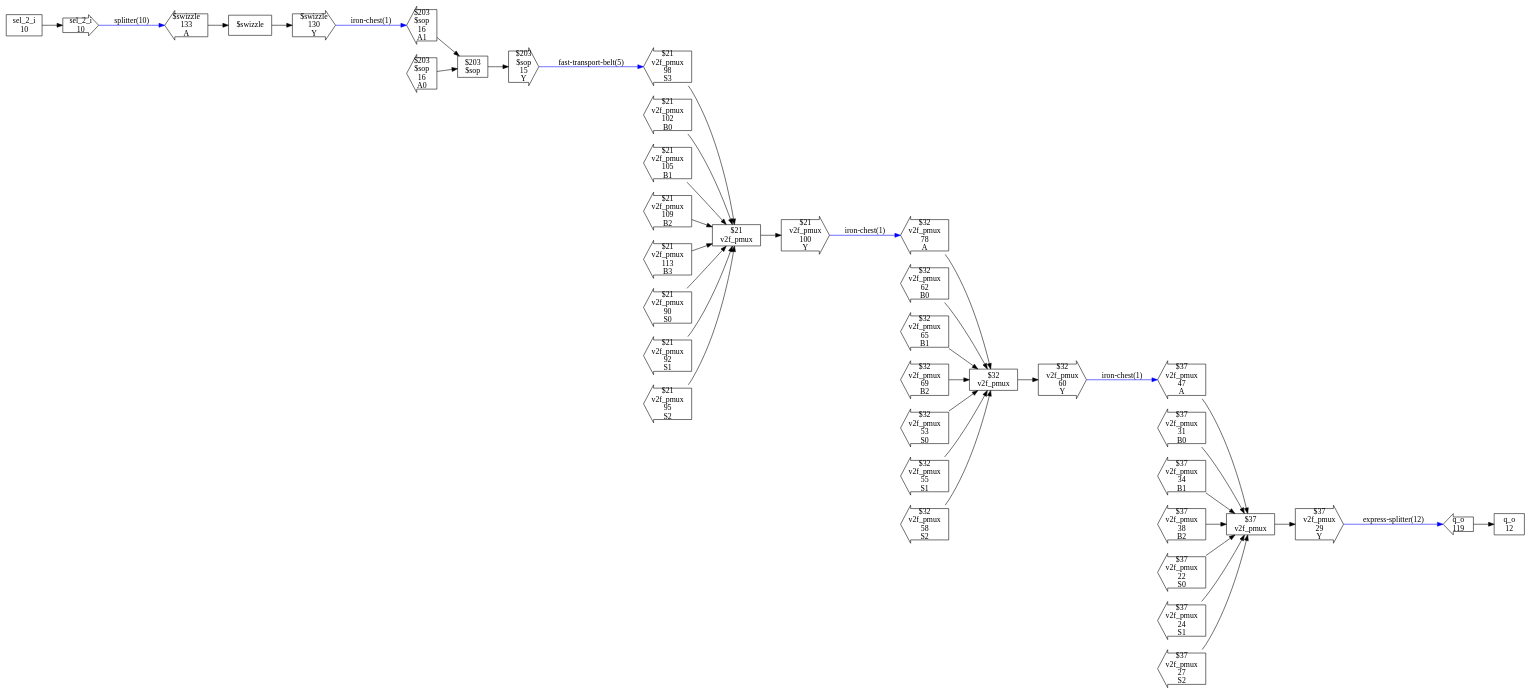
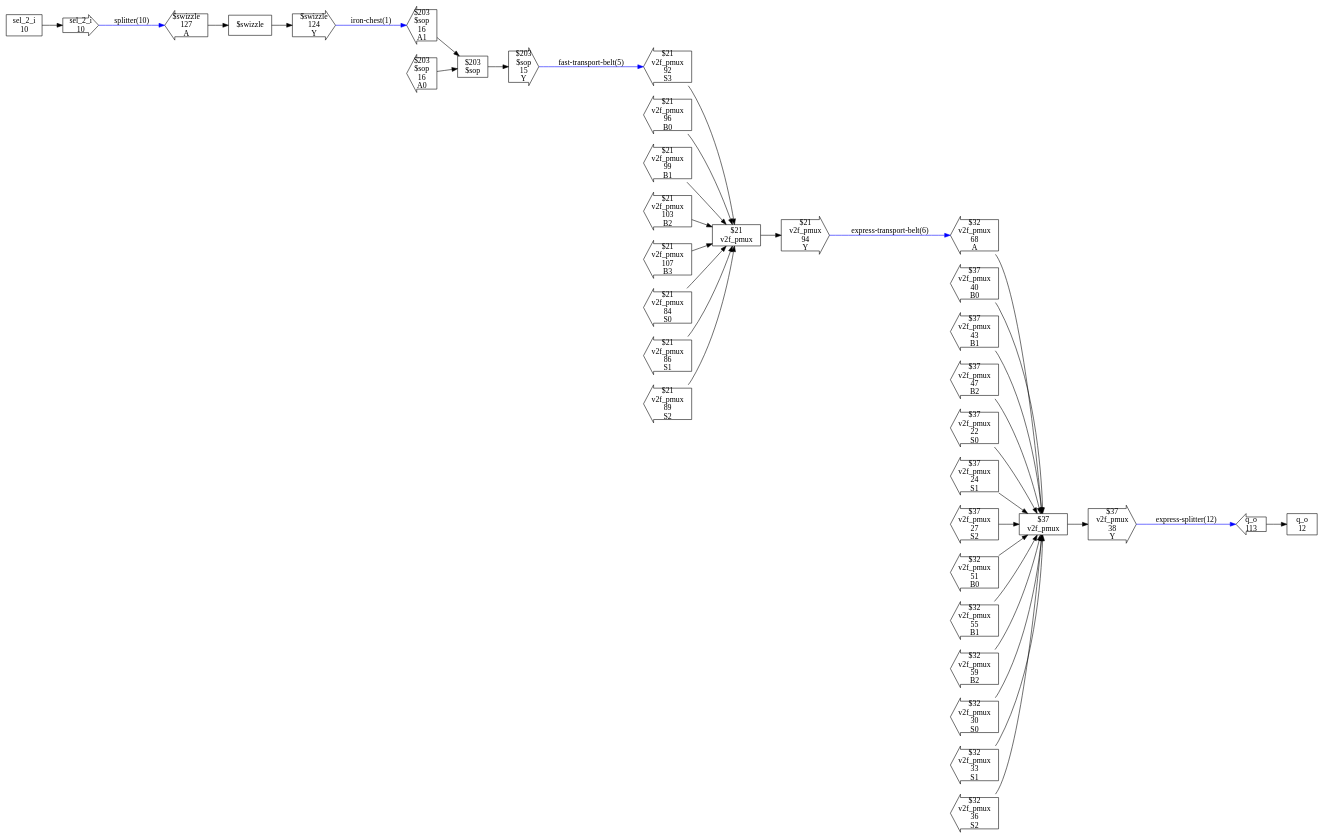
One commit to ben-j-c/verilog2factorio changed the diagram in test_designs/pmux_3/worst_path.dot. Above: the diagram before and after it, drawn with Graphviz. The commit also changed 11 other files, not shown here.

```diff
--- a/test_designs/pmux_3/worst_path.dot
+++ b/test_designs/pmux_3/worst_path.dot
@@ -1,176 +1,163 @@
 digraph CheckedDesign {
   rankdir=LR
   n10[shape=box,label="sel_2_i
 10"]
   n12[shape=box,label="q_o
 12"]
   n16[shape=box,label="$203
 $sop"]
   n21[shape=box,label="$37
 v2f_pmux"]
-  n26[shape=box,label="$32
-v2f_pmux"]
   n33[shape=box,label="$21
 v2f_pmux"]
   n46[shape=rarrow,label="sel_2_i
 10"]
   n48[shape=larrow,label="q_o
-119"]
+113"]
   n58[shape=larrow,label="$203
 $sop
 16
 A0"]
   n59[shape=larrow,label="$203
 $sop
 16
 A1"]
   n60[shape=rarrow,label="$203
 $sop
 15
 Y"]
-  n73[shape=larrow,label="$37
-v2f_pmux
-47
-A"]
   n74[shape=larrow,label="$37
 v2f_pmux
-31
+40
 B0"]
   n75[shape=larrow,label="$37
 v2f_pmux
-34
+43
 B1"]
   n76[shape=larrow,label="$37
 v2f_pmux
-38
+47
 B2"]
   n77[shape=larrow,label="$37
 v2f_pmux
 22
 S0"]
   n78[shape=larrow,label="$37
 v2f_pmux
 24
 S1"]
   n79[shape=larrow,label="$37
 v2f_pmux
 27
 S2"]
   n80[shape=rarrow,label="$37
 v2f_pmux
-29
+38
 Y"]
   n93[shape=larrow,label="$32
 v2f_pmux
-78
+68
 A"]
   n94[shape=larrow,label="$32
 v2f_pmux
-62
+51
 B0"]
   n95[shape=larrow,label="$32
 v2f_pmux
-65
+55
 B1"]
   n96[shape=larrow,label="$32
 v2f_pmux
-69
+59
 B2"]
   n97[shape=larrow,label="$32
 v2f_pmux
-53
+30
 S0"]
   n98[shape=larrow,label="$32
 v2f_pmux
-55
+33
 S1"]
   n99[shape=larrow,label="$32
 v2f_pmux
-58
+36
 S2"]
-  n100[shape=rarrow,label="$32
-v2f_pmux
-60
-Y"]
   n119[shape=larrow,label="$21
 v2f_pmux
-102
+96
 B0"]
   n120[shape=larrow,label="$21
 v2f_pmux
-105
+99
 B1"]
   n121[shape=larrow,label="$21
 v2f_pmux
-109
+103
 B2"]
   n122[shape=larrow,label="$21
 v2f_pmux
-113
+107
 B3"]
   n123[shape=larrow,label="$21
 v2f_pmux
-90
+84
 S0"]
   n124[shape=larrow,label="$21
 v2f_pmux
-92
+86
 S1"]
   n125[shape=larrow,label="$21
 v2f_pmux
-95
+89
 S2"]
   n126[shape=larrow,label="$21
 v2f_pmux
-98
+92
 S3"]
   n127[shape=rarrow,label="$21
 v2f_pmux
-100
+94
 Y"]
   n150[shape=box,label="$swizzle"]
   n151[shape=rarrow,label="$swizzle
-130
+124
 Y"]
   n152[shape=larrow,label="$swizzle
-133
+127
 A"]
   n10 -> n46
   n16 -> n60
   n21 -> n80
-  n26 -> n100
   n33 -> n127
   n46 -> n152 [label="splitter(10)",syle=bold,color=blue]
   n48 -> n12
   n58 -> n16
   n59 -> n16
   n60 -> n126 [label="fast-transport-belt(5)",syle=bold,color=blue]
-  n73 -> n21
   n74 -> n21
   n75 -> n21
   n76 -> n21
   n77 -> n21
   n78 -> n21
   n79 -> n21
   n80 -> n48 [label="express-splitter(12)",syle=bold,color=blue]
-  n93 -> n26
-  n94 -> n26
-  n95 -> n26
-  n96 -> n26
-  n97 -> n26
-  n98 -> n26
-  n99 -> n26
-  n100 -> n73 [label="iron-chest(1)",syle=bold,color=blue]
+  n93 -> n21
+  n94 -> n21
+  n95 -> n21
+  n96 -> n21
+  n97 -> n21
+  n98 -> n21
+  n99 -> n21
   n119 -> n33
   n120 -> n33
   n121 -> n33
   n122 -> n33
   n123 -> n33
   n124 -> n33
   n125 -> n33
   n126 -> n33
-  n127 -> n93 [label="iron-chest(1)",syle=bold,color=blue]
+  n127 -> n93 [label="express-transport-belt(6)",syle=bold,color=blue]
   n150 -> n151
   n151 -> n59 [label="iron-chest(1)",syle=bold,color=blue]
   n152 -> n150
 }
```
